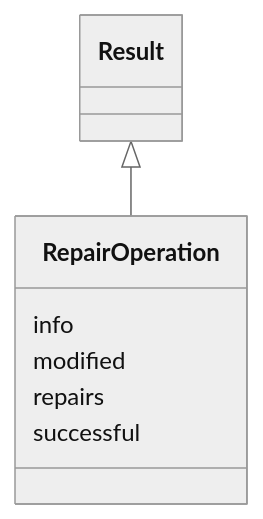
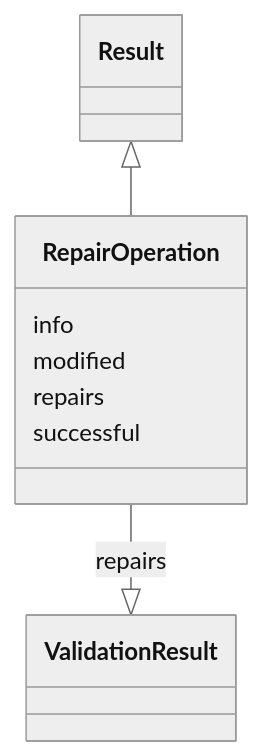
One commit to cthoyt/ontology-access-kit changed the diagram in validation/RepairOperation.md. Above: the diagram before and after it, drawn with Mermaid (neutral theme). The commit also changed other lines of this file and 3287 other files, not shown here.

````diff
--- a/validation/RepairOperation.md
+++ b/validation/RepairOperation.md
@@ -11,11 +14,17 @@
 ```{mermaid}
  classDiagram
     class RepairOperation
       Result <|-- RepairOperation
       
       RepairOperation : info
+        
       RepairOperation : modified
+        
       RepairOperation : repairs
+        
+          RepairOperation --|> ValidationResult : repairs
+        
       RepairOperation : successful
+        
       
 ```
````
